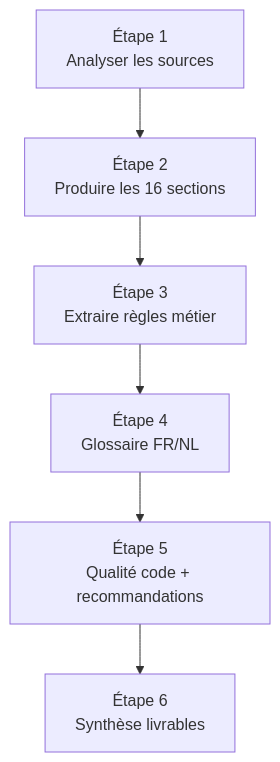
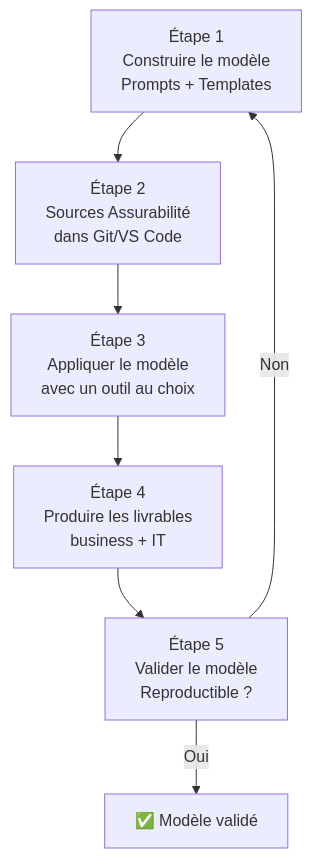
One commit to christophedanhier-hash/BAVI_LEO changed the second of 2 diagrams in docs/wiki/agent-pro/bureau-robert/phase1-poc-assurabilite-document-initial.md. Above: the diagram before and after it, drawn with Mermaid. The commit also changed other lines of this file and 1 other file, not shown here.

````diff
--- a/docs/wiki/agent-pro/bureau-robert/phase1-poc-assurabilite-document-initial.md
+++ b/docs/wiki/agent-pro/bureau-robert/phase1-poc-assurabilite-document-initial.md
@@ -124,8 +132,9 @@
 ```mermaid
 flowchart TD
-    E1[Étape 1<br/>Analyser les sources] --> E2[Étape 2<br/>Produire les 16 sections]
-    E2 --> E3[Étape 3<br/>Extraire règles métier]
-    E3 --> E4[Étape 4<br/>Glossaire FR/NL]
-    E4 --> E5[Étape 5<br/>Qualité code + recommandations]
-    E5 --> E6[Étape 6<br/>Synthèse livrables]
+    E1[Étape 1<br/>Construire le modèle<br/>Prompts + Templates] --> E2[Étape 2<br/>Sources Assurabilité<br/>dans Git/VS Code]
+    E2 --> E3[Étape 3<br/>Appliquer le modèle<br/>avec un outil au choix]
+    E3 --> E4[Étape 4<br/>Produire les livrables<br/>business + IT]
+    E4 --> E5[Étape 5<br/>Valider le modèle<br/>Reproductible ?]
+    E5 -->|Oui| FIN[✅ Modèle validé]
+    E5 -->|Non| E1
 ```
````
